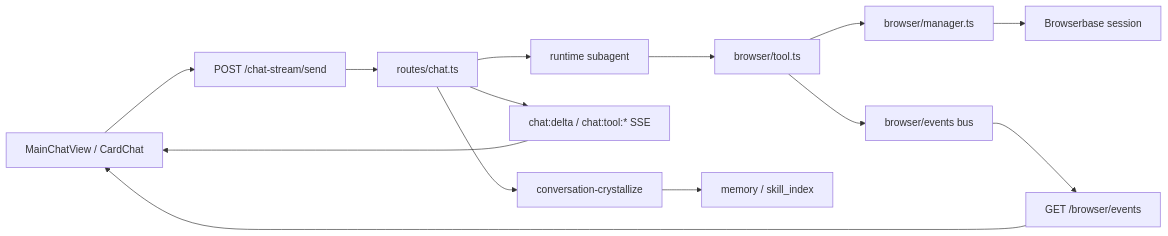
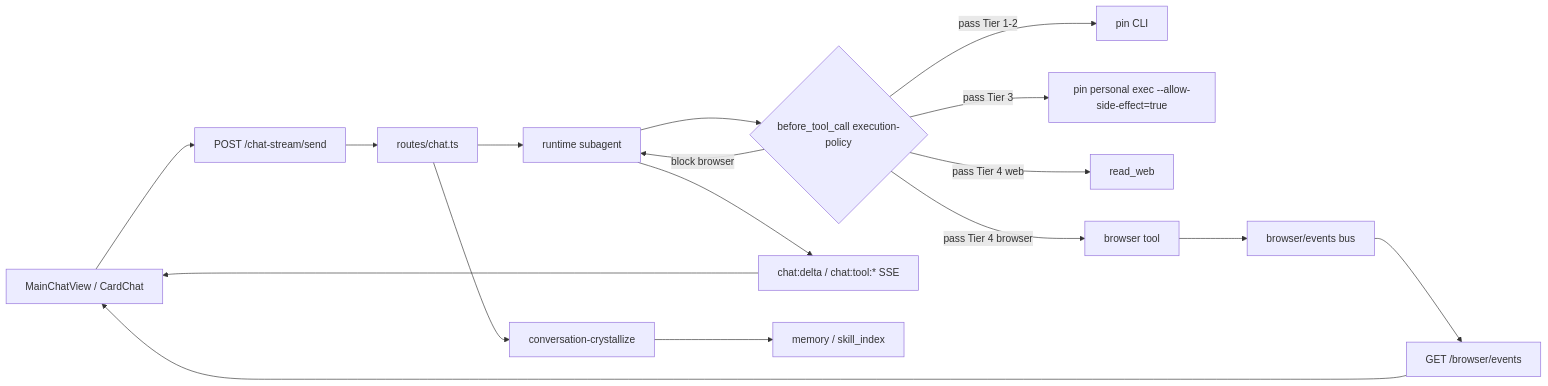
Before and after one commit to Edge-AI-HQ/proactive-assistant: the first of 2 diagrams in docs/modules/execution.mdx, drawn with Mermaid. The commit also changed other lines of this file and 25 other files, not shown here.

First line of the commit message:
feat(execution): centralize tool policy gates

````diff
--- a/docs/modules/execution.mdx
+++ b/docs/modules/execution.mdx
@@ -16,16 +21,19 @@
 ```mermaid
 flowchart LR
   UI["MainChatView / CardChat"] --> Send["POST /chat-stream/send"]
   Send --> Chat["routes/chat.ts"]
   Chat --> Agent["runtime subagent"]
-  Agent --> Tool["browser/tool.ts"]
-  Tool --> Manager["browser/manager.ts"]
-  Manager --> BB["Browserbase session"]
-  Tool --> Bus["browser/events bus"]
-  Bus --> BrowserSSE["GET /browser/events"]
-  BrowserSSE --> UI
-  Chat --> ChatSSE["chat:delta / chat:tool:* SSE"]
-  ChatSSE --> UI
+  Agent --> Hook{"before_tool_call execution-policy"}
+  Hook -->|block browser| Agent
+  Hook -->|pass Tier 1-2| Pin["pin CLI"]
+  Hook -->|pass Tier 3| PinWrite["pin personal exec --allow-side-effect=true"]
+  Hook -->|pass Tier 4 web| ReadWeb["read_web"]
+  Hook -->|pass Tier 4 browser| Browser["browser tool"]
+  Agent --> SSE["chat:delta / chat:tool:* SSE"]
+  SSE --> UI
   Chat --> Crystallize["conversation-crystallize"]
   Crystallize --> Memory["memory / skill_index"]
+  Browser --> BBus["browser/events bus"]
+  BBus --> BrowserSSE["GET /browser/events"]
+  BrowserSSE --> UI
 ```
````
